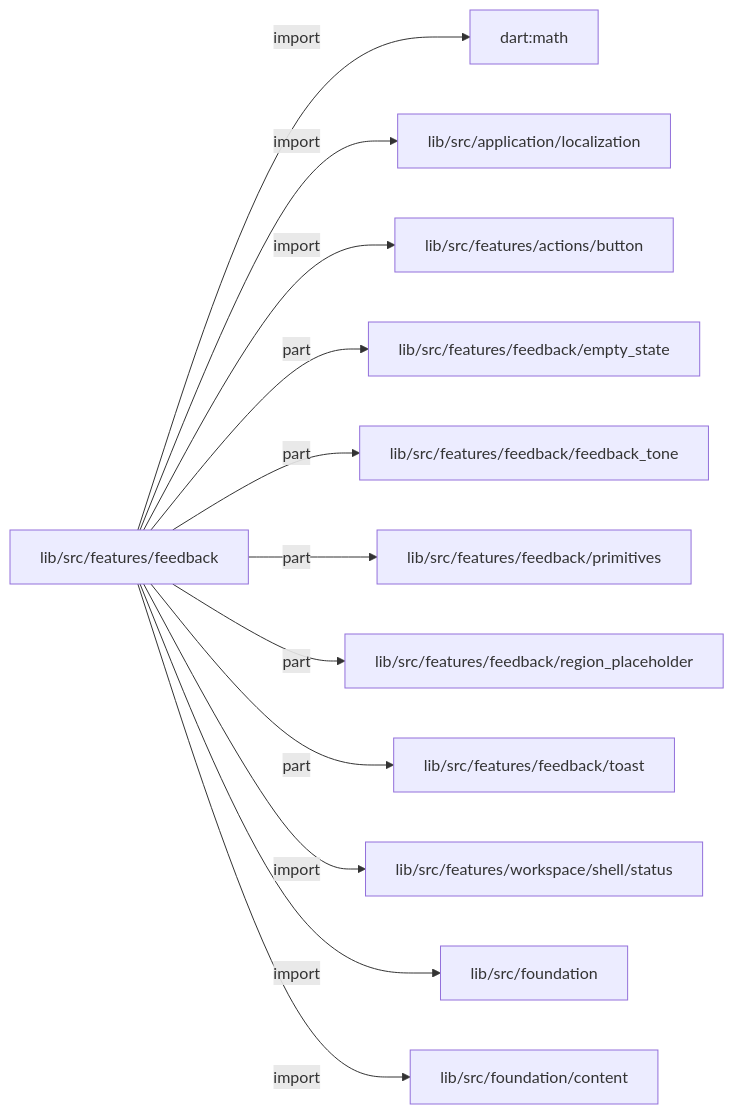
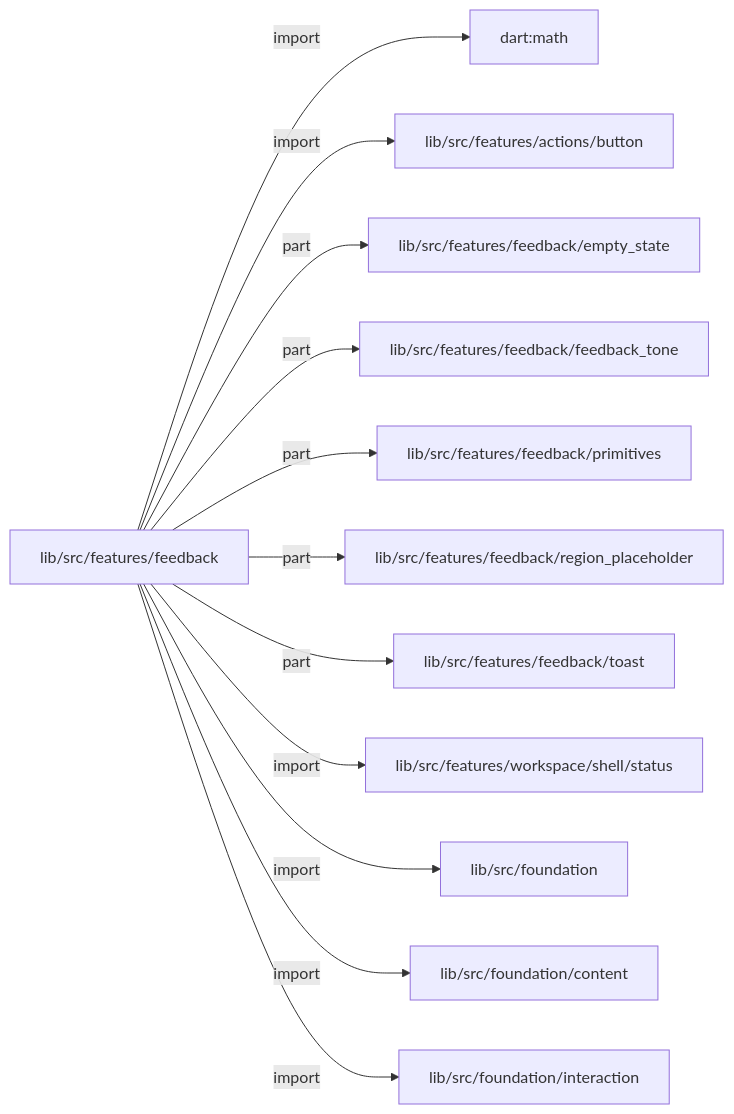
One commit to MiuDog/Kallopis changed the first of 4 diagrams in docs/architecture/src/features/feedback/README.md. Above: the diagram before and after it, drawn with Mermaid. The commit also changed other lines of this file and 9688 other files, not shown here.

Commit message:
Prepare isolated Flow F2 peer baseline

````diff
--- a/docs/architecture/src/features/feedback/README.md
+++ b/docs/architecture/src/features/feedback/README.md
@@ -13,26 +13,26 @@
 ```mermaid
 flowchart LR
 	n0["lib/src/features/feedback"]
 	n1["dart:math"]
-	n2["lib/src/application/localization"]
-	n3["lib/src/features/actions/button"]
-	n4["lib/src/features/feedback/empty_state"]
-	n5["lib/src/features/feedback/feedback_tone"]
-	n6["lib/src/features/feedback/primitives"]
-	n7["lib/src/features/feedback/region_placeholder"]
-	n8["lib/src/features/feedback/toast"]
-	n9["lib/src/features/workspace/shell/status"]
-	n10["lib/src/foundation"]
-	n11["lib/src/foundation/content"]
+	n2["lib/src/features/actions/button"]
+	n3["lib/src/features/feedback/empty_state"]
+	n4["lib/src/features/feedback/feedback_tone"]
+	n5["lib/src/features/feedback/primitives"]
+	n6["lib/src/features/feedback/region_placeholder"]
+	n7["lib/src/features/feedback/toast"]
+	n8["lib/src/features/workspace/shell/status"]
+	n9["lib/src/foundation"]
+	n10["lib/src/foundation/content"]
+	n11["lib/src/foundation/interaction"]
 	n0 -->|"import"| n1
 	n0 -->|"import"| n2
-	n0 -->|"import"| n3
+	n0 -->|"part"| n3
 	n0 -->|"part"| n4
 	n0 -->|"part"| n5
 	n0 -->|"part"| n6
 	n0 -->|"part"| n7
-	n0 -->|"part"| n8
+	n0 -->|"import"| n8
 	n0 -->|"import"| n9
 	n0 -->|"import"| n10
 	n0 -->|"import"| n11
 ```
````
